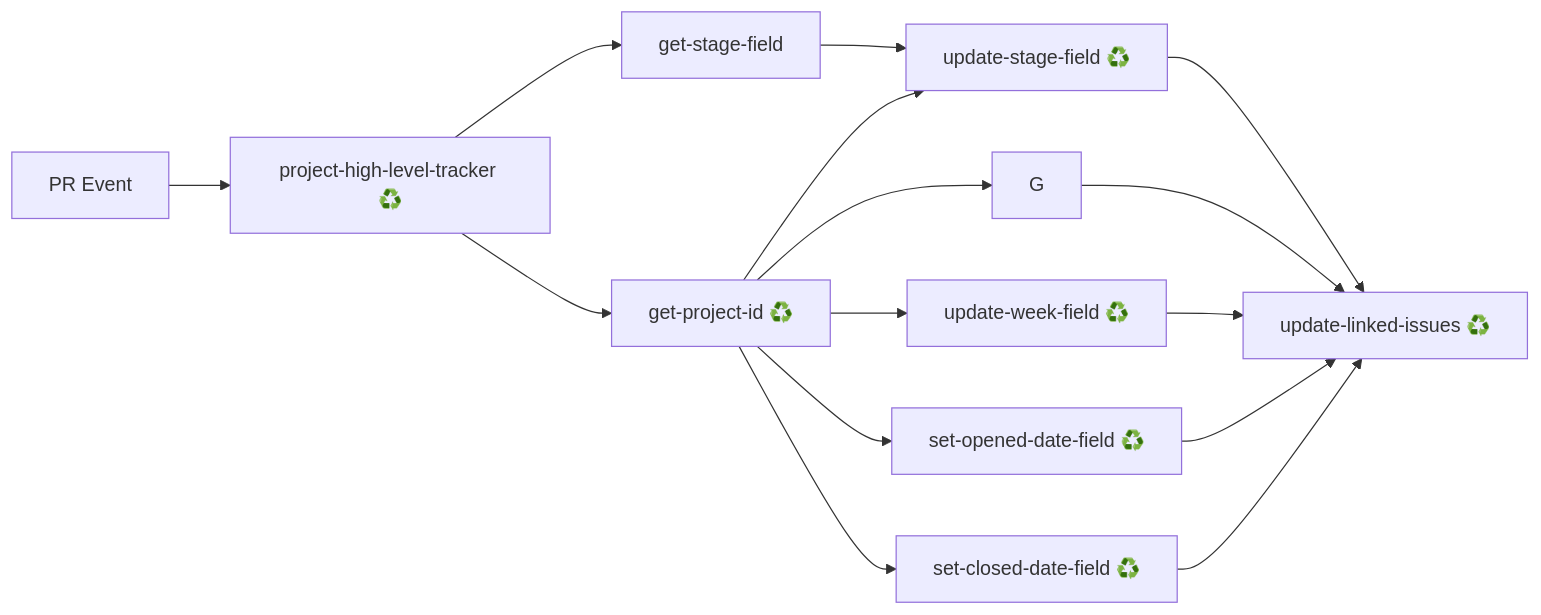
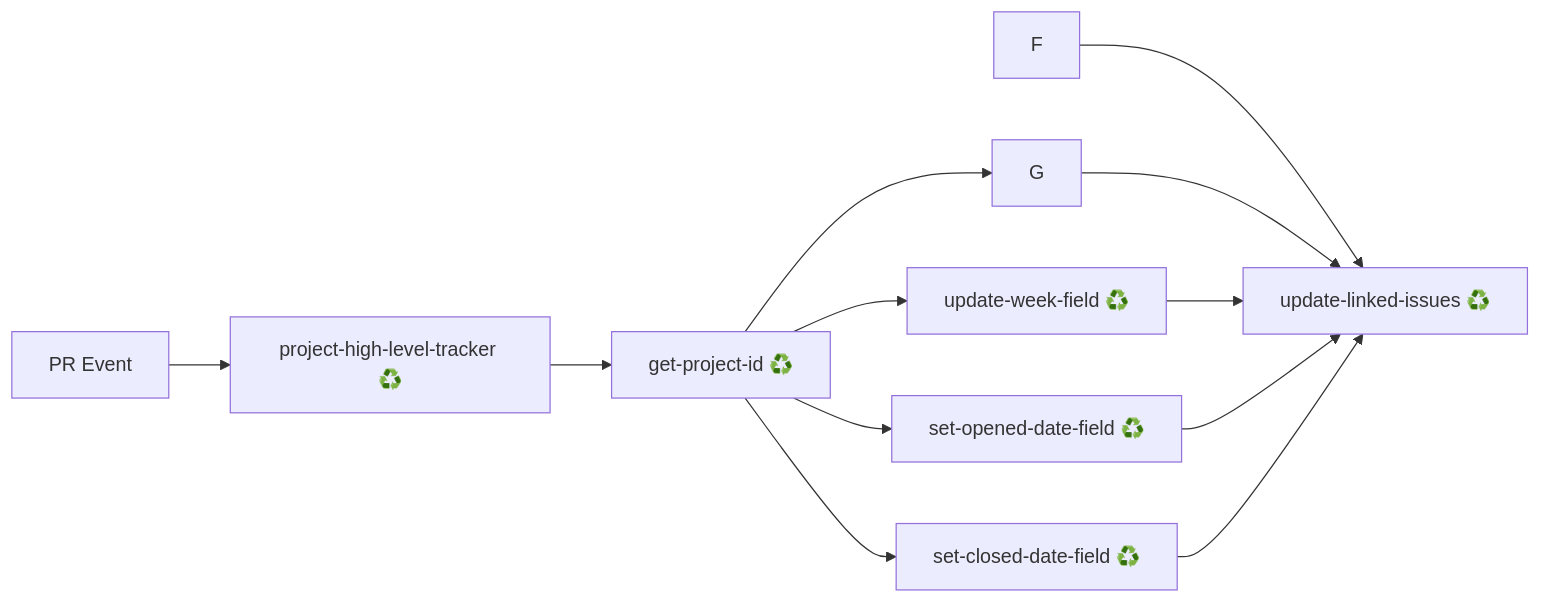
One commit to rapidsai/shared-workflows changed the diagram in docs/project-automation-readme.md. Above: the diagram before and after it, drawn with Mermaid.

Commit message:
Update mermaid diagram

````diff
--- a/docs/project-automation-readme.md
+++ b/docs/project-automation-readme.md
@@ -30,17 +30,14 @@
 ```mermaid
 flowchart LR
     A[PR Event] --> B[project-high-level-tracker ♻️]
-    B --> D[get-stage-field]
     B --> E[get-project-id ♻️]
-    D --> F[update-stage-field ♻️]
     E --> G
-    E --> F
     E --> H[update-week-field ♻️]
     E --> I[set-opened-date-field ♻️]
     E --> J[set-closed-date-field ♻️]
     F --> K[update-linked-issues ♻️]
     G --> K
     H --> K
     I --> K
     J --> K
 ```
````
